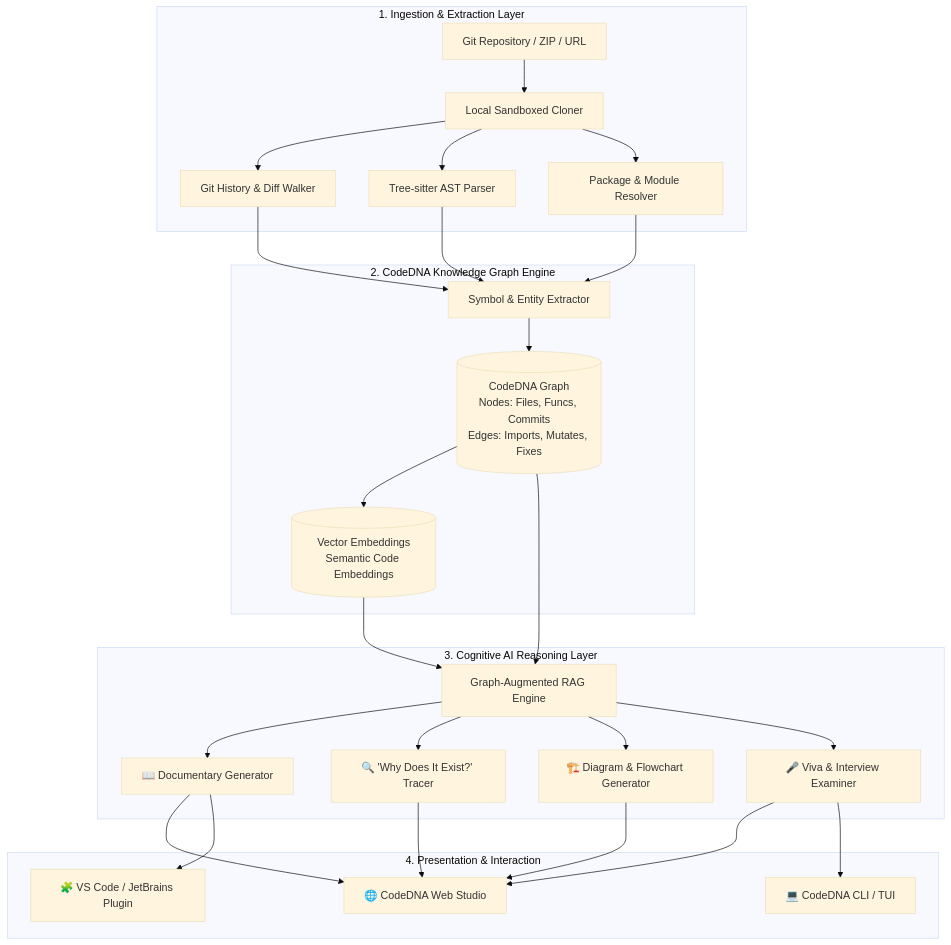
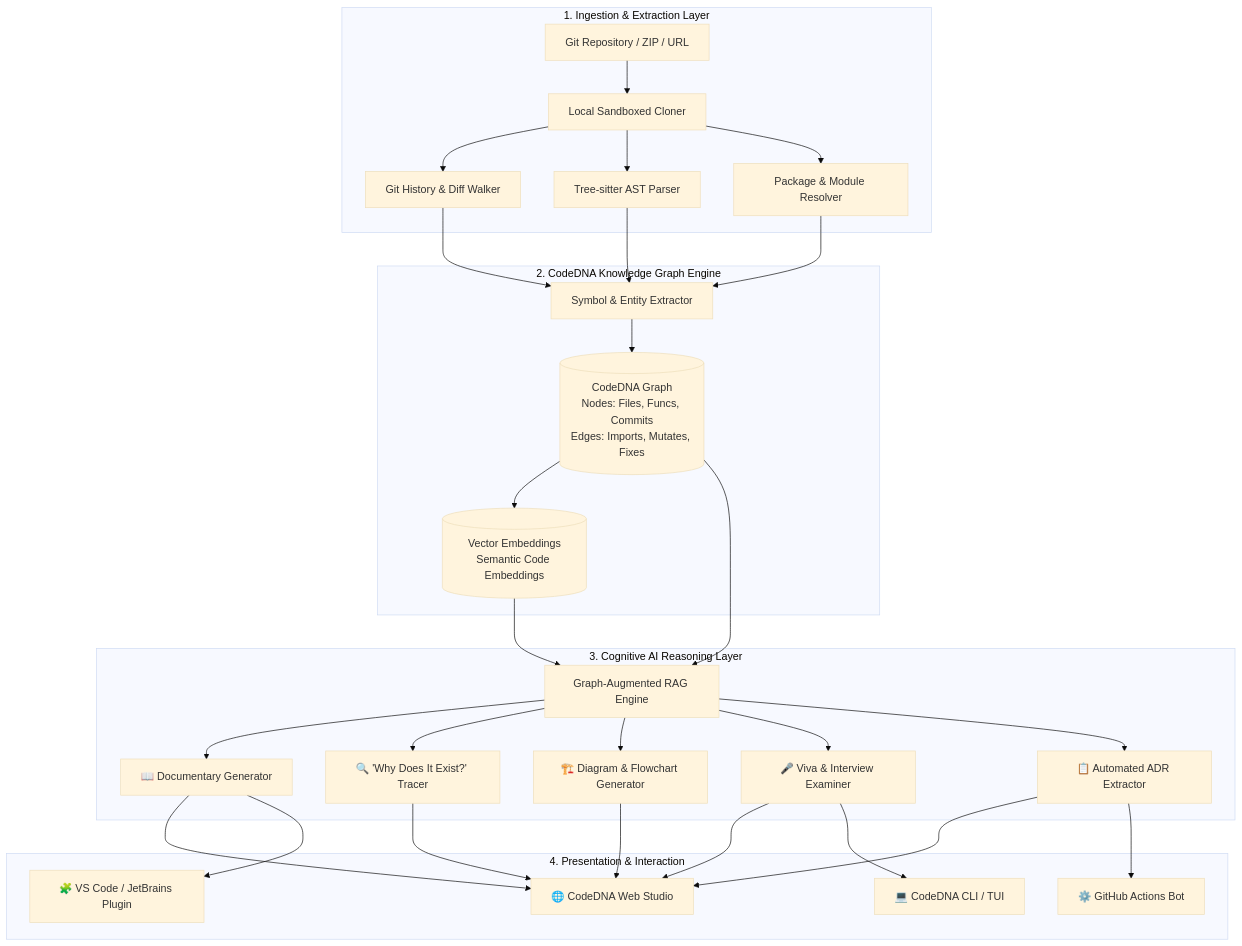
One commit to Vish-0806/CodeDNA changed the first of 3 diagrams in README.md. Above: the diagram before and after it, drawn with Mermaid (base theme). The commit also changed other lines of this file, not shown here.

````diff
--- a/README.md
+++ b/README.md
@@ -184,35 +192,38 @@
 ```mermaid
 flowchart TB
     subgraph INGESTION["1. Ingestion & Extraction Layer"]
         Repo[Git Repository / ZIP / URL] --> Cloner[Local Sandboxed Cloner]
         Cloner --> GitWalker[Git History & Diff Walker]
         Cloner --> ASTParser[Tree-sitter AST Parser]
         Cloner --> DependencyGrapher[Package & Module Resolver]
     end
 
     subgraph GRAPH["2. CodeDNA Knowledge Graph Engine"]
         GitWalker --> EntityExtractor[Symbol & Entity Extractor]
         ASTParser --> EntityExtractor
         DependencyGrapher --> EntityExtractor
         EntityExtractor --> GraphDB[(CodeDNA Graph\nNodes: Files, Funcs, Commits\nEdges: Imports, Mutates, Fixes)]
         GraphDB --> VectorStore[(Vector Embeddings\nSemantic Code Embeddings)]
     end
 
     subgraph COGNITIVE["3. Cognitive AI Reasoning Layer"]
         GraphDB --> GraphRAG[Graph-Augmented RAG Engine]
         VectorStore --> GraphRAG
         GraphRAG --> DocAgent[📖 Documentary Generator]
         GraphRAG --> ArcheoAgent[🔍 'Why Does It Exist?' Tracer]
         GraphRAG --> ArchAgent[🏗️ Diagram & Flowchart Generator]
         GraphRAG --> VivaAgent[🎤 Viva & Interview Examiner]
+        GraphRAG --> ADRAgent[📋 Automated ADR Extractor]
     end
 
     subgraph CLIENTS["4. Presentation & Interaction"]
         DocAgent --> WebApp[🌐 CodeDNA Web Studio]
         ArcheoAgent --> WebApp
         ArchAgent --> WebApp
         VivaAgent --> WebApp
+        ADRAgent --> WebApp
         VivaAgent --> CLI[💻 CodeDNA CLI / TUI]
         DocAgent --> IDEExt[🧩 VS Code / JetBrains Plugin]
+        ADRAgent --> CICD[⚙️ GitHub Actions Bot]
     end
 ```
````
